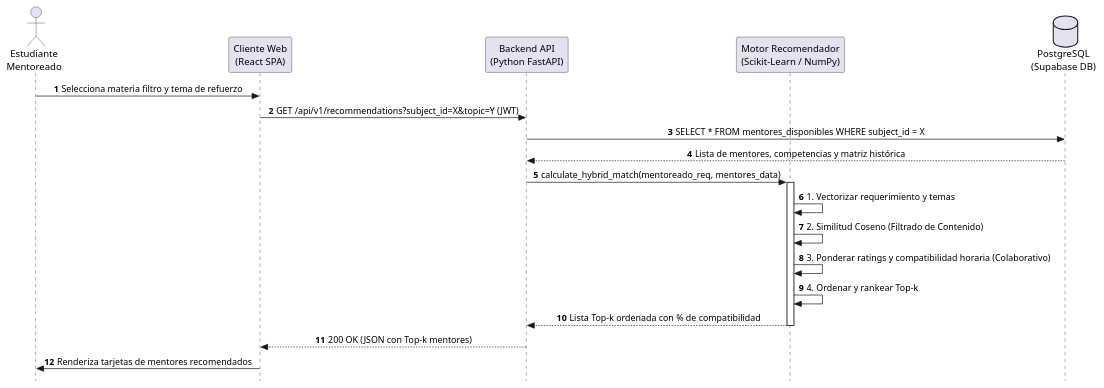
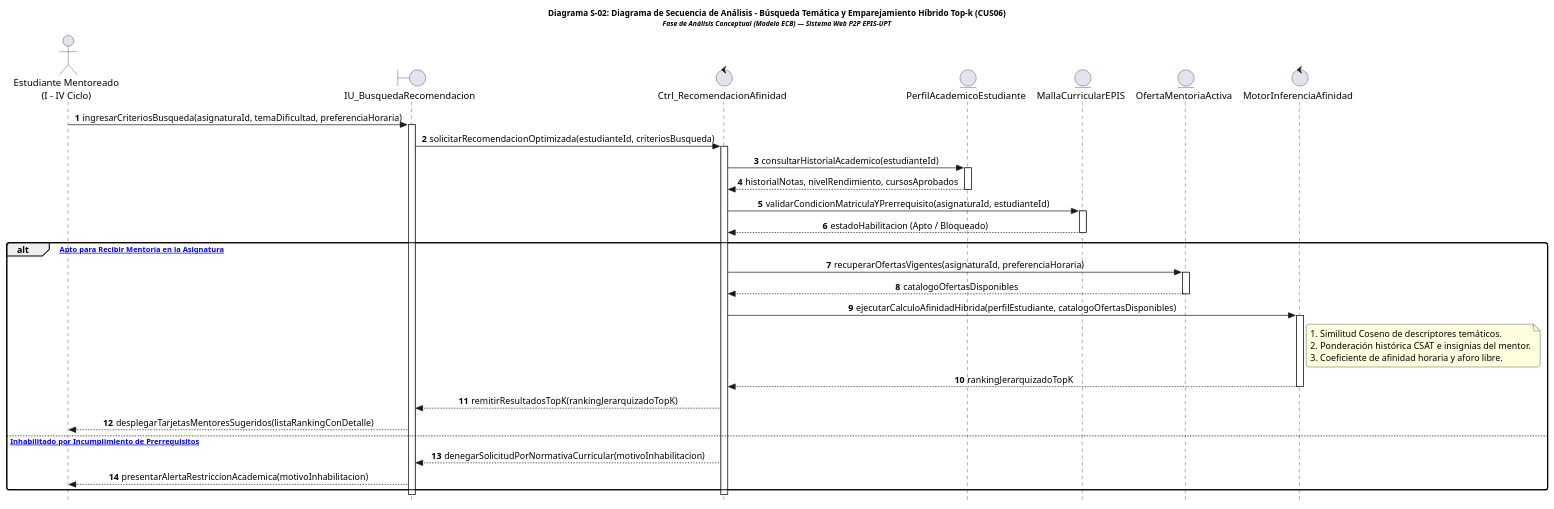
One commit to JMedina255/sistema_web_p2p changed the second of 4 diagrams in docs/diagramas_de_secuencia.md. Above: the diagram before and after it, drawn with PlantUML. The commit also changed other lines of this file and 3 other files, not shown here.

Commit message:
docs: refactorizar diagramas_de_secuencia.md con estandar formal SAD de analisis ECB y titulos explictos en PlantUML

````diff
--- a/docs/diagramas_de_secuencia.md
+++ b/docs/diagramas_de_secuencia.md
@@ -146,30 +145,66 @@
 ```plantuml
 @startuml
+title <size:12><b>Diagrama S-02: Diagrama de Secuencia de Análisis - Búsqueda Temática y Emparejamiento Híbrido Top-k (CUS06)</b></size>\n<size:10><i>Fase de Análisis Conceptual (Modelo ECB) — Sistema Web P2P EPIS-UPT</i></size>
+
 autonumber
 skinparam style strictuml
+skinparam shadowing false
+skinparam roundcorner 8
+skinparam defaultFontName Arial
+skinparam fontSize 10
 skinparam sequenceMessageAlign center
+skinparam responseMessageBelowArrow true
 
-actor "Estudiante\nMentoreado" as Student
-participant "Cliente Web\n(React SPA)" as Frontend
-participant "Backend API\n(Python FastAPI)" as API
-participant "Motor Recomendador\n(Scikit-Learn / NumPy)" as Engine
-database "PostgreSQL\n(Supabase DB)" as DB
+actor "Estudiante Mentoreado\n(I - IV Ciclo)" as Alumno
+boundary "IU_BusquedaRecomendacion" as IU_Rec
+control "Ctrl_RecomendacionAfinidad" as Ctrl_Rec
+entity "PerfilAcademicoEstudiante" as Ent_Perfil
+entity "MallaCurricularEPIS" as Ent_Malla
+entity "OfertaMentoriaActiva" as Ent_Oferta
+control "MotorInferenciaAfinidad" as Ctrl_MotorIA
 
-Student -> Frontend : Selecciona materia filtro y tema de refuerzo
-Frontend -> API : GET /api/v1/recommendations?subject_id=X&topic=Y (JWT)
-API -> DB : SELECT * FROM mentores_disponibles WHERE subject_id = X
-DB --> API : Lista de mentores, competencias y matriz histórica
+Alumno -> IU_Rec : ingresarCriteriosBusqueda(asignaturaId, temaDificultad, preferenciaHoraria)
+activate IU_Rec
 
-API -> Engine : calculate_hybrid_match(mentoreado_req, mentores_data)
-activate Engine
-Engine -> Engine : 1. Vectorizar requerimiento y temas
-Engine -> Engine : 2. Similitud Coseno (Filtrado de Contenido)
-Engine -> Engine : 3. Ponderar ratings y compatibilidad horaria (Colaborativo)
-Engine -> Engine : 4. Ordenar y rankear Top-k
-Engine --> API : Lista Top-k ordenada con % de compatibilidad
-deactivate Engine
+IU_Rec -> Ctrl_Rec : solicitarRecomendacionOptimizada(estudianteId, criteriosBusqueda)
+activate Ctrl_Rec
 
-API --> Frontend : 200 OK (JSON con Top-k mentores)
-Frontend -> Student : Renderiza tarjetas de mentores recomendados
+Ctrl_Rec -> Ent_Perfil : consultarHistorialAcademico(estudianteId)
+activate Ent_Perfil
+Ent_Perfil --> Ctrl_Rec : historialNotas, nivelRendimiento, cursosAprobados
+deactivate Ent_Perfil
+
+Ctrl_Rec -> Ent_Malla : validarCondicionMatriculaYPrerrequisito(asignaturaId, estudianteId)
+activate Ent_Malla
+Ent_Malla --> Ctrl_Rec : estadoHabilitacion (Apto / Bloqueado)
+deactivate Ent_Malla
+
+alt [Estudiante Apto para Recibir Mentoría en la Asignatura]
+    Ctrl_Rec -> Ent_Oferta : recuperarOfertasVigentes(asignaturaId, preferenciaHoraria)
+    activate Ent_Oferta
+    Ent_Oferta --> Ctrl_Rec : catalogoOfertasDisponibles
+    deactivate Ent_Oferta
+
+    Ctrl_Rec -> Ctrl_MotorIA : ejecutarCalculoAfinidadHibrida(perfilEstudiante, catalogoOfertasDisponibles)
+    activate Ctrl_MotorIA
+    note right of Ctrl_MotorIA
+      1. Similitud Coseno de descriptores temáticos.
+      2. Ponderación histórica CSAT e insignias del mentor.
+      3. Coeficiente de afinidad horaria y aforo libre.
+    end note
+    Ctrl_MotorIA --> Ctrl_Rec : rankingJerarquizadoTopK
+    deactivate Ctrl_MotorIA
+
+    Ctrl_Rec --> IU_Rec : remitirResultadosTopK(rankingJerarquizadoTopK)
+    IU_Rec --> Alumno : desplegarTarjetasMentoresSugeridos(listaRankingConDetalle)
+
+else [Estudiante Inhabilitado por Incumplimiento de Prerrequisitos]
+    Ctrl_Rec --> IU_Rec : denegarSolicitudPorNormativaCurricular(motivoInhabilitacion)
+    IU_Rec --> Alumno : presentarAlertaRestriccionAcademica(motivoInhabilitacion)
+end
+
+deactivate Ctrl_Rec
+deactivate IU_Rec
+
 @enduml
 ```
````
